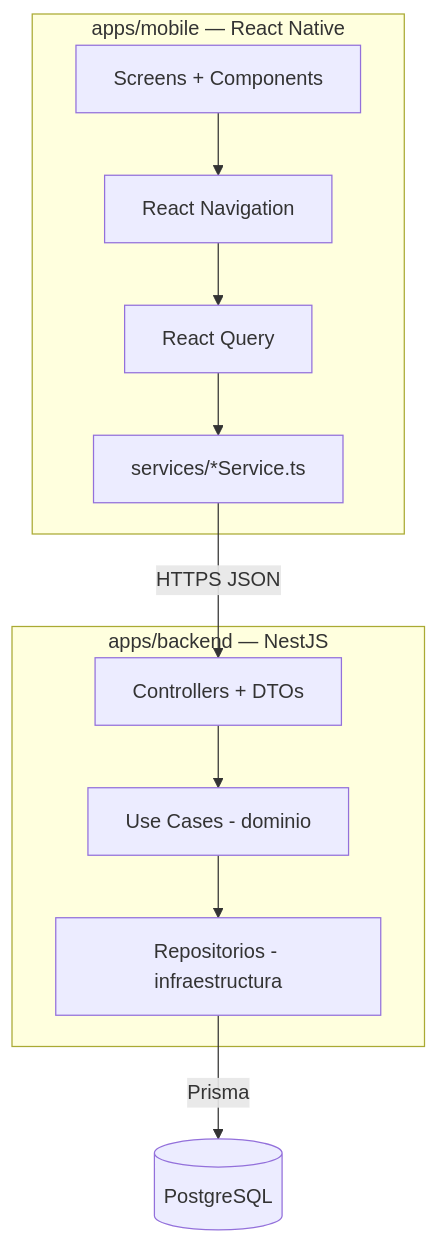
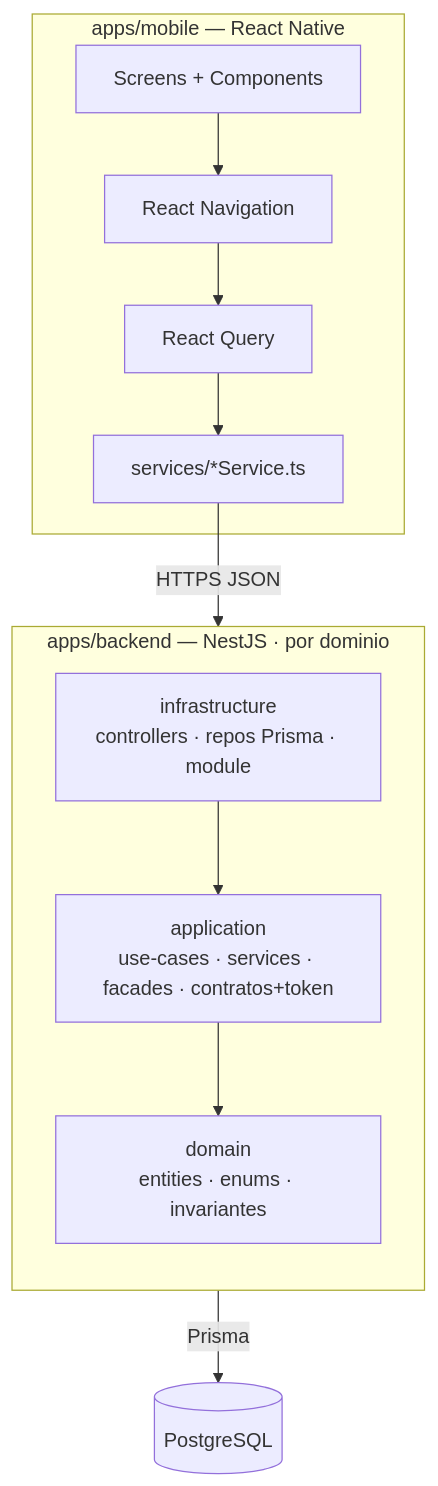
The first of 2 diagrams in docs/02-ARCHITECTURE.md (danielmao/ready), drawn with Mermaid before and after one commit. The commit also changed other lines of this file and 16 other files, not shown here.

````diff
--- a/docs/02-ARCHITECTURE.md
+++ b/docs/02-ARCHITECTURE.md
@@ -14,20 +27,21 @@
 ```mermaid
 graph TB
     subgraph Mobile[apps/mobile — React Native]
         UI[Screens + Components]
         NAV[React Navigation]
         QRY[React Query]
         SVC[services/*Service.ts]
         UI --> NAV --> QRY --> SVC
     end
 
-    subgraph Backend[apps/backend — NestJS]
-        CTRL[Controllers + DTOs]
-        UC[Use Cases - dominio]
-        REPO[Repositorios - infraestructura]
-        CTRL --> UC --> REPO
+    subgraph Backend[apps/backend — NestJS · por dominio]
+        direction TB
+        CTRL[infrastructure<br/>controllers · repos Prisma · module]
+        APP[application<br/>use-cases · services · facades · contratos+token]
+        DOM[domain<br/>entities · enums · invariantes]
+        CTRL --> APP --> DOM
     end
 
     SVC -->|HTTPS JSON| CTRL
-    REPO -->|Prisma| PG[(PostgreSQL)]
+    CTRL -->|Prisma| PG[(PostgreSQL)]
 ```
````
